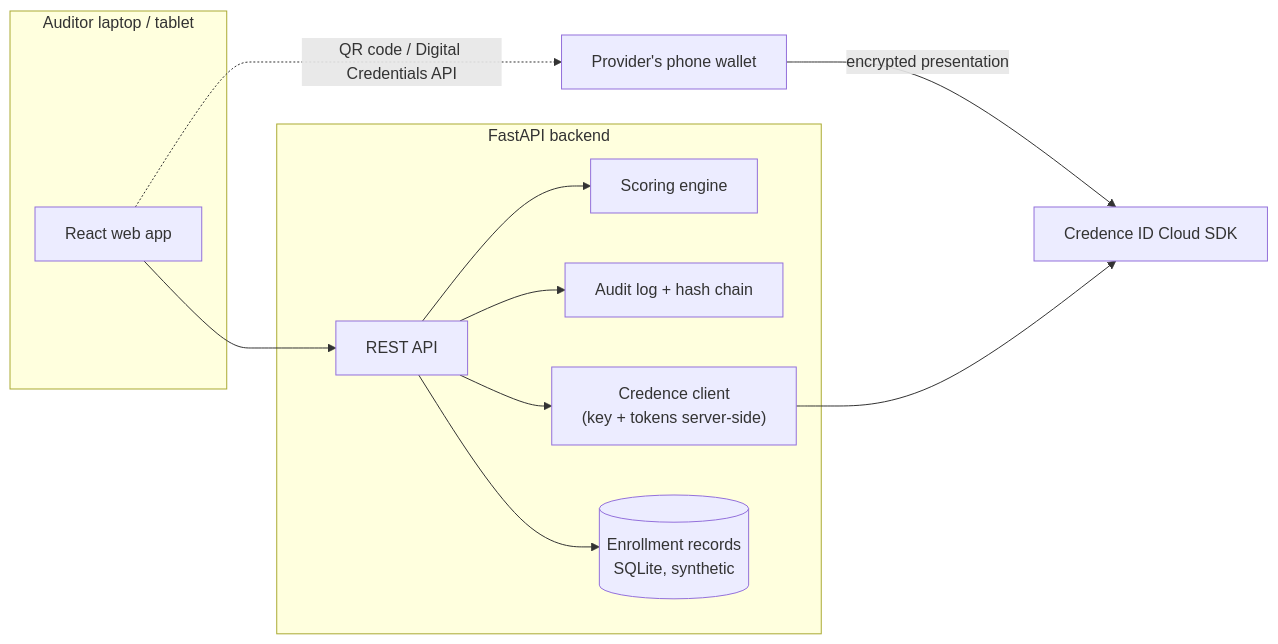
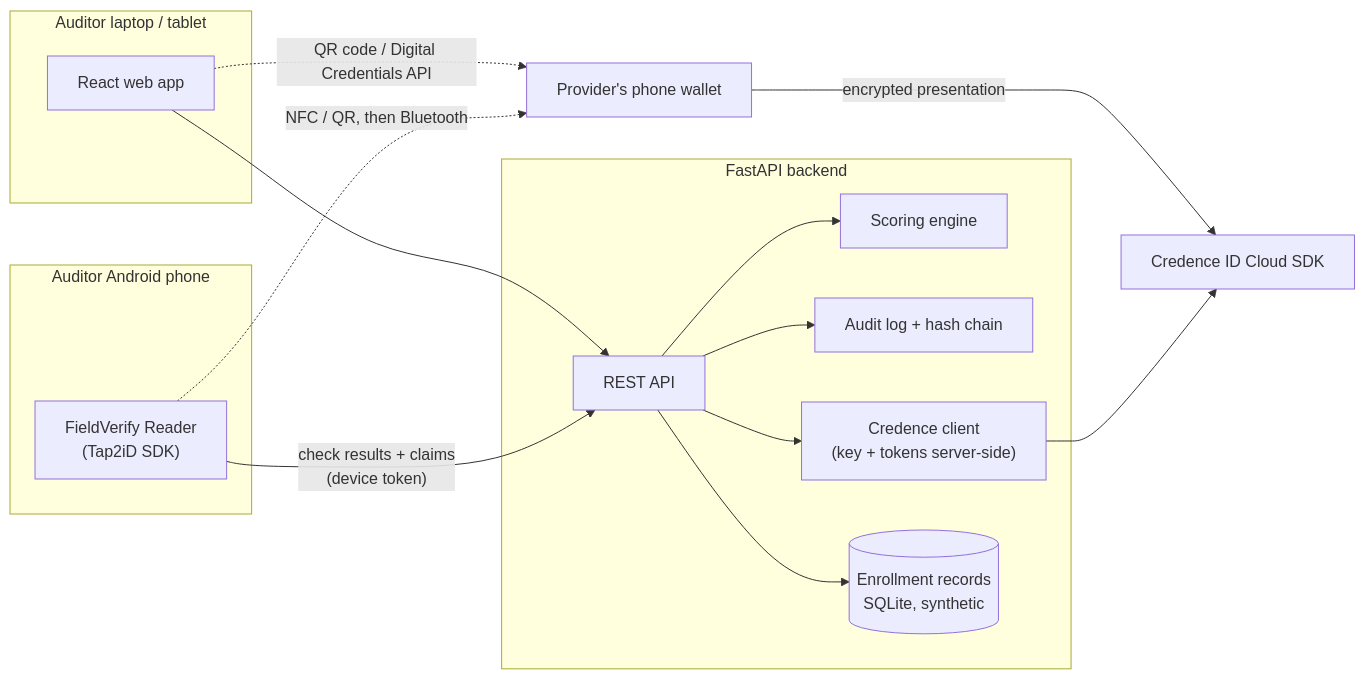
One commit to PratheekEranki/fieldverify changed the diagram in README.md. Above: the diagram before and after it, drawn with Mermaid. The commit also changed other lines of this file and 3 other files, not shown here.

Commit message:
Docs: Android reader in README/integration guide/troubleshooting; final verification

````diff
--- a/README.md
+++ b/README.md
@@ -64,17 +70,22 @@
 ```mermaid
 flowchart LR
   subgraph Auditor["Auditor laptop / tablet"]
     UI["React web app"]
   end
   W["Provider's phone wallet"]
   subgraph Backend["FastAPI backend"]
     API["REST API"] --> SC["Scoring engine"]
     API --> AU["Audit log + hash chain"]
     API --> CC["Credence client\n(key + tokens server-side)"]
     API --> DB[("Enrollment records\nSQLite, synthetic")]
   end
+  subgraph Phone["Auditor Android phone"]
+    AND["FieldVerify Reader\n(Tap2iD SDK)"]
+  end
   UI --> API
   UI -. "QR code / Digital Credentials API" .-> W
   W -- "encrypted presentation" --> CR["Credence ID Cloud SDK"]
   CC --> CR
+  AND -. "NFC / QR, then Bluetooth" .-> W
+  AND -- "check results + claims\n(device token)" --> API
 ```
````
